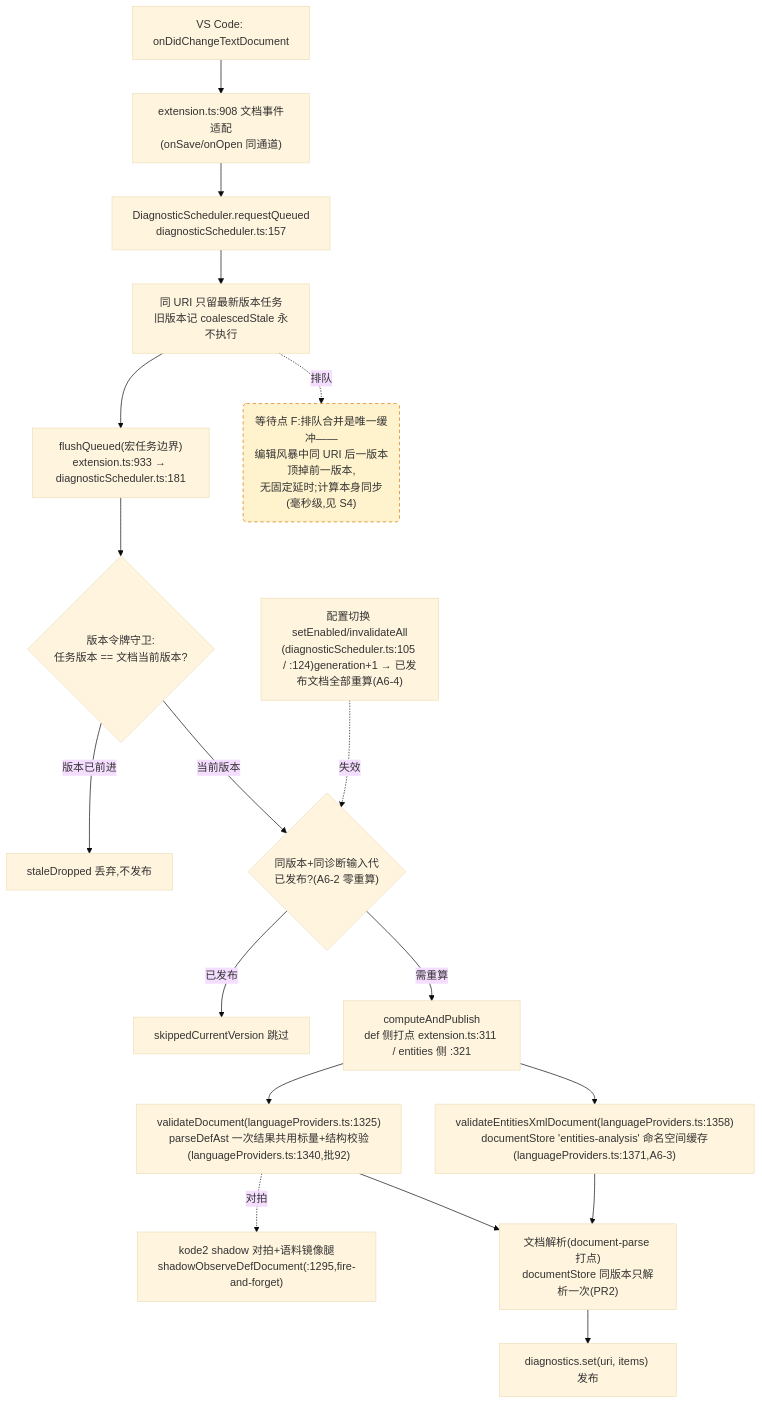
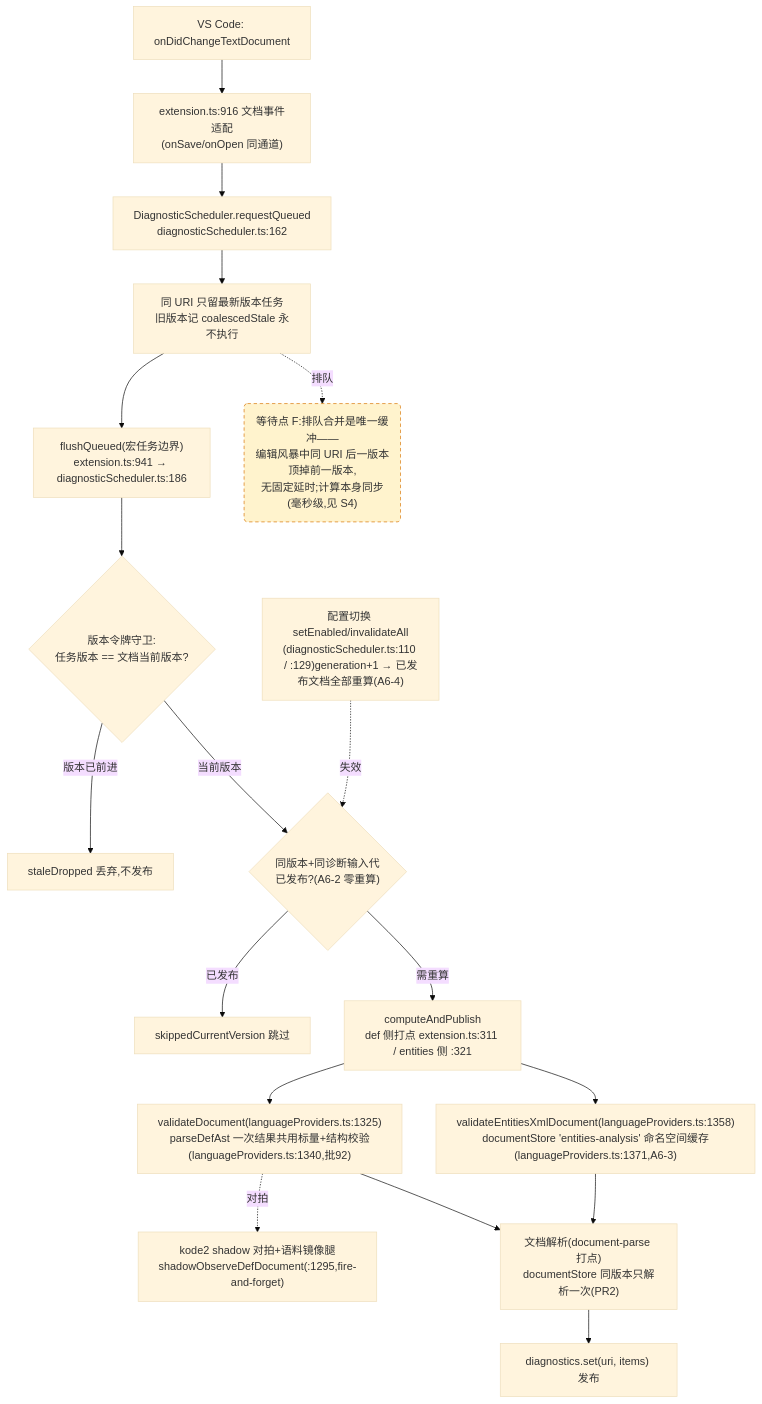
Before and after one commit to cuihairu/kode: the fourth of 4 diagrams in docs/perf/2026-baseline.md, drawn with Mermaid (base theme). The commit also changed 6 other files, not shown here.

````diff
--- a/docs/perf/2026-baseline.md
+++ b/docs/perf/2026-baseline.md
@@ -214,38 +214,38 @@
 ```mermaid
 flowchart TD
   CHG["VS Code: onDidChangeTextDocument"]
-  WATCH["extension.ts:908 文档事件适配<br/>(onSave/onOpen 同通道)"]
-  RQ["DiagnosticScheduler.requestQueued<br/>diagnosticScheduler.ts:157"]
+  WATCH["extension.ts:916 文档事件适配<br/>(onSave/onOpen 同通道)"]
+  RQ["DiagnosticScheduler.requestQueued<br/>diagnosticScheduler.ts:162"]
   CO["同 URI 只留最新版本任务<br/>旧版本记 coalescedStale 永不执行"]
-  FL["flushQueued(宏任务边界)<br/>extension.ts:933 → diagnosticScheduler.ts:181"]
+  FL["flushQueued(宏任务边界)<br/>extension.ts:941 → diagnosticScheduler.ts:186"]
   VG{"版本令牌守卫:<br/>任务版本 == 文档当前版本?"}
   DROP["staleDropped 丢弃,不发布"]
   GEN{"同版本+同诊断输入代<br/>已发布?(A6-2 零重算)"}
   SKIP["skippedCurrentVersion 跳过"]
   CALC["computeAndPublish<br/>def 侧打点 extension.ts:311 / entities 侧 :321"]
   VD["validateDocument(languageProviders.ts:1325)<br/>parseDefAst 一次结果共用标量+结构校验(languageProviders.ts:1340,批92)"]
   VEX["validateEntitiesXmlDocument(languageProviders.ts:1358)<br/>documentStore 'entities-analysis' 命名空间缓存(languageProviders.ts:1371,A6-3)"]
   SHDD["kode2 shadow 对拍+语料镜像腿<br/>shadowObserveDefDocument(:1295,fire-and-forget)"]
   DS["文档解析(document-parse 打点)<br/>documentStore 同版本只解析一次(PR2)"]
   PUB["diagnostics.set(uri, items) 发布"]
-  CFG2["配置切换 setEnabled/invalidateAll<br/>(diagnosticScheduler.ts:105 / :124)generation+1 → 已发布文档全部重算(A6-4)"]
+  CFG2["配置切换 setEnabled/invalidateAll<br/>(diagnosticScheduler.ts:110 / :129)generation+1 → 已发布文档全部重算(A6-4)"]
 
   CHG --> WATCH --> RQ --> CO --> FL --> VG
   VG -- "版本已前进" --> DROP
   VG -- "当前版本" --> GEN
   GEN -- "已发布" --> SKIP
   GEN -- "需重算" --> CALC
   CALC --> VD
   CALC --> VEX
   VD --> DS
   VEX --> DS
   DS --> PUB
   VD -.->|对拍| SHDD
   CFG2 -.->|失效| GEN
 
   WAITF("等待点 F:排队合并是唯一缓冲——<br/>编辑风暴中同 URI 后一版本顶掉前一版本,<br/>无固定延时;计算本身同步(毫秒级,见 S4)")
   CO -.->|排队| WAITF
 
   classDef waitPoint fill:#fff3cd,stroke:#d97706,stroke-dasharray:5 4;
   class WAITF waitPoint;
 ```
````
